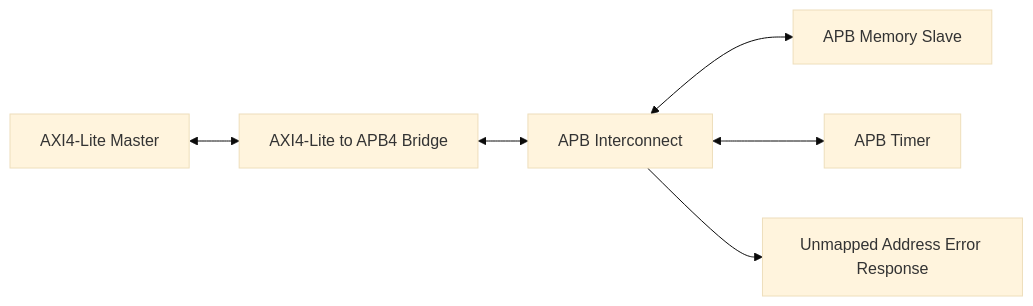
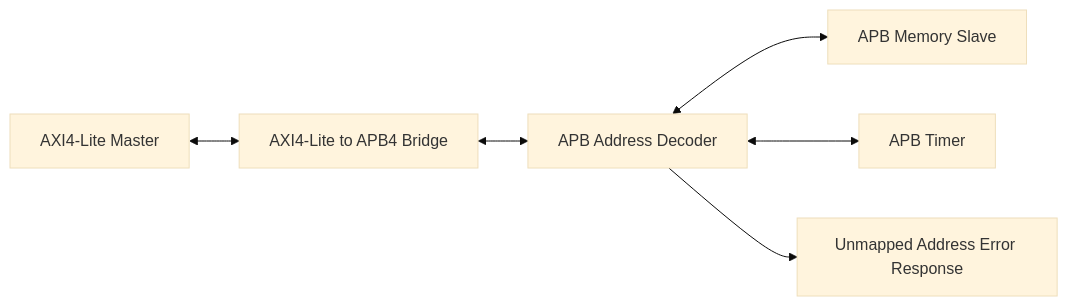
The diagram in README.md (singhjavinash-cmd/AMBA_PROTOCOL), drawn with Mermaid (base theme) before and after one commit. The commit also changed other lines of this file, not shown here.

````diff
--- a/README.md
+++ b/README.md
@@ -11,8 +19,8 @@
 ```mermaid
 flowchart LR
     A[AXI4-Lite Master] <--> B[AXI4-Lite to APB4 Bridge]
-    B <--> C[APB Interconnect]
+    B <--> C[APB Address Decoder]
     C <--> D[APB Memory Slave]
     C <--> E[APB Timer]
     C --> F[Unmapped Address Error Response]
 ```
````
